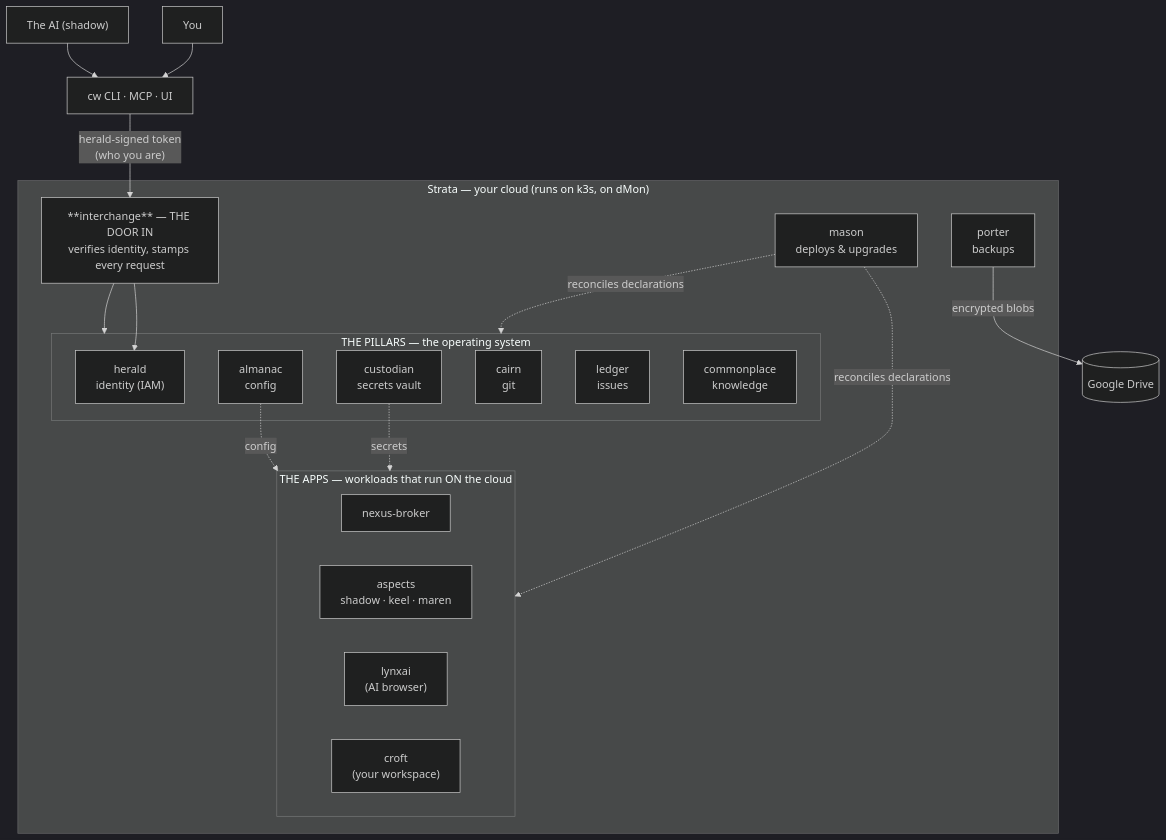
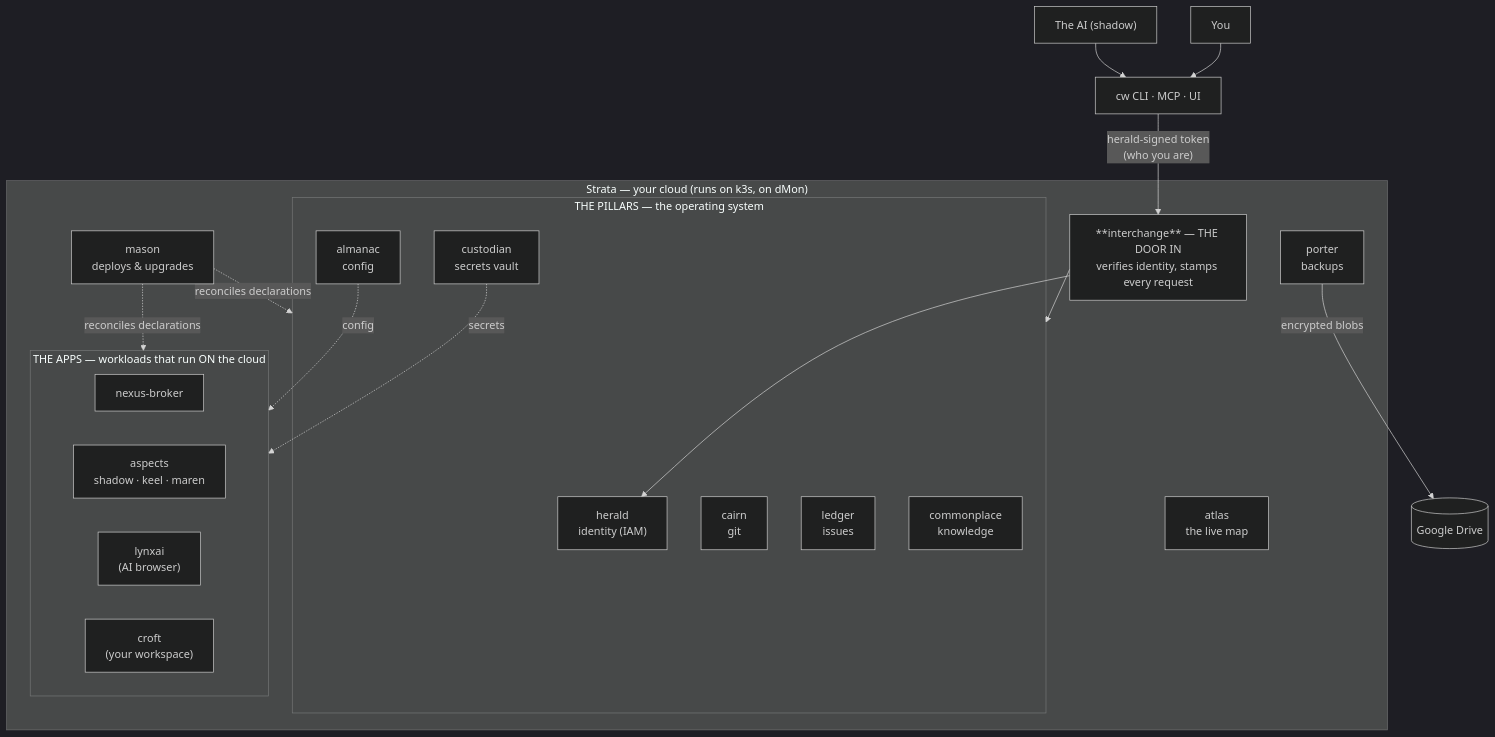
Before and after one commit to CarriedWorldUniverse/carriedworld-cloud: the diagram in ARCHITECTURE.md, drawn with Mermaid (dark theme). The commit also changed other lines of this file, not shown here.

Commit message:
docs: ARCHITECTURE.md — the live map exists now (atlas)

````diff
--- a/ARCHITECTURE.md
+++ b/ARCHITECTURE.md
@@ -8,40 +8,41 @@
 ```mermaid
 flowchart TB
     you["You"]
     ai["The AI (shadow)"]
     cw["cw CLI · MCP · UI"]
     you --> cw
     ai --> cw
     cw -->|"herald-signed token<br/>(who you are)"| edge
 
     subgraph cloud["Strata — your cloud (runs on k3s, on dMon)"]
         edge["**interchange** — THE DOOR IN<br/>verifies identity, stamps every request"]
 
         subgraph pillars["THE PILLARS — the operating system"]
             herald["herald<br/>identity (IAM)"]
             almanac["almanac<br/>config"]
             custodian["custodian<br/>secrets vault"]
             cairn["cairn<br/>git"]
             ledger["ledger<br/>issues"]
             commonplace["commonplace<br/>knowledge"]
         end
 
         subgraph apps["THE APPS — workloads that run ON the cloud"]
             broker["nexus-broker"]
             aspects["aspects<br/>shadow · keel · maren"]
             lynxai["lynxai<br/>(AI browser)"]
             croft["croft<br/>(your workspace)"]
         end
 
         mason["mason<br/>deploys & upgrades"]
         porter["porter<br/>backups"]
+        atlas["atlas<br/>the live map"]
     end
 
     edge --> herald
     edge --> pillars
     mason -. "reconciles declarations" .-> apps
     mason -. "reconciles declarations" .-> pillars
     custodian -. "secrets" .-> apps
     almanac -. "config" .-> apps
     porter -->|"encrypted blobs"| drive[("Google Drive")]
 ```
````
